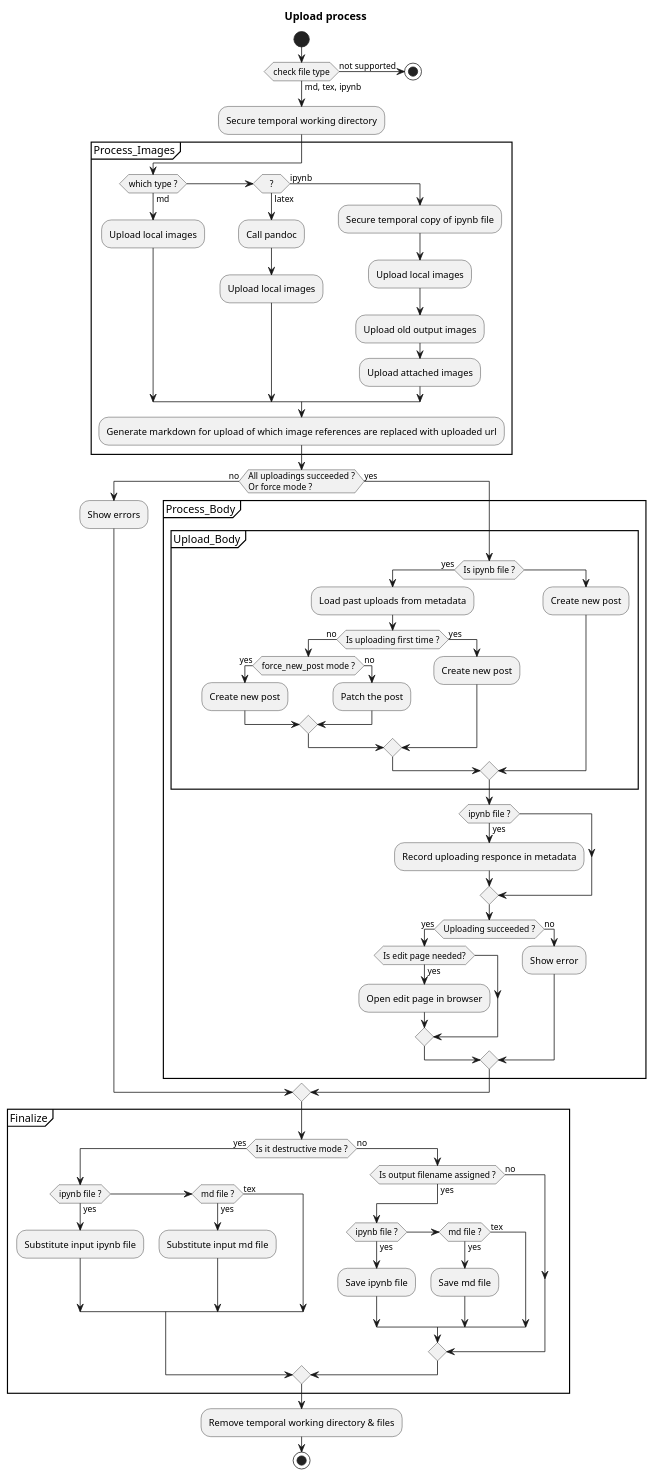
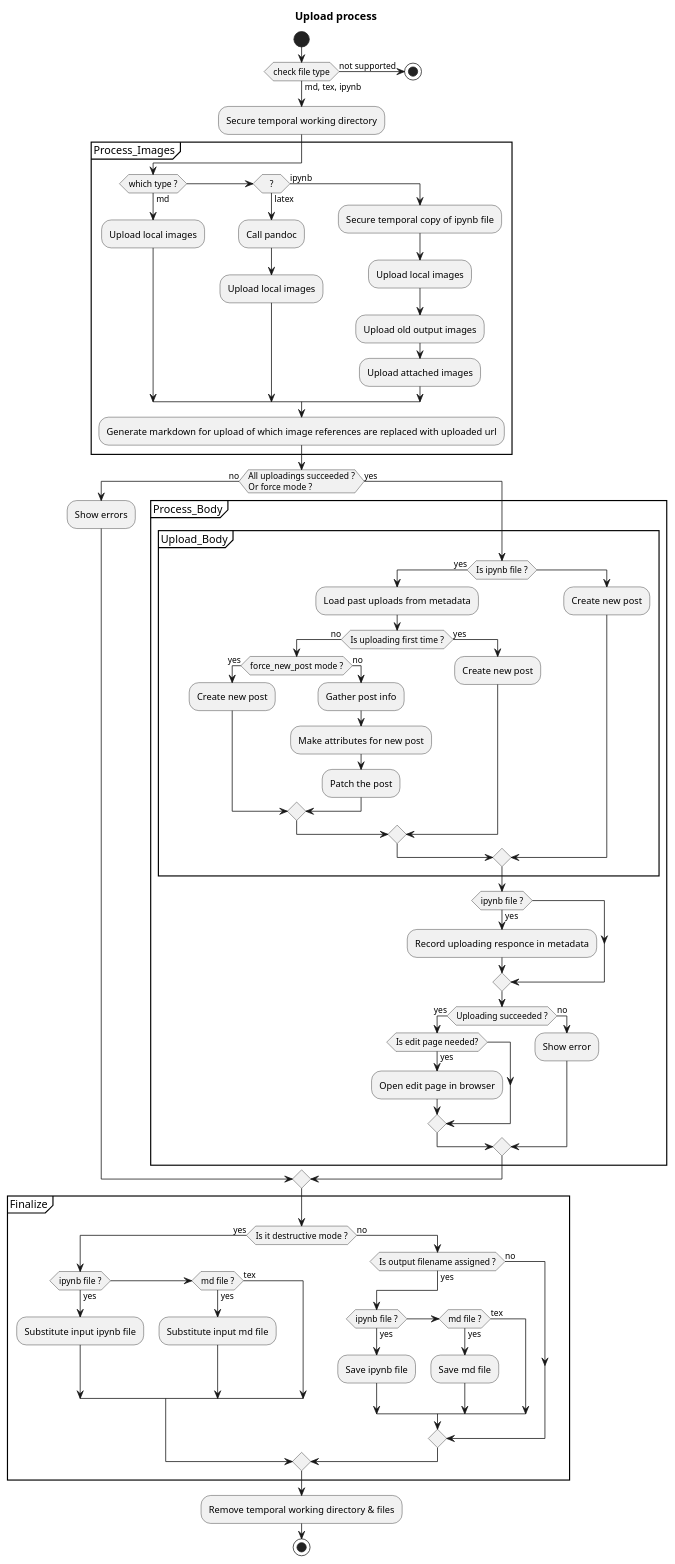
One commit to KosukeMizuno/esapy changed the diagram in study/flowchart_upload.pu. Above: the diagram before and after it, drawn with PlantUML.

Commit message:
fix flowchart, post info

```diff
--- a/study/flowchart_upload.pu
+++ b/study/flowchart_upload.pu
@@ -1,89 +1,91 @@
 @startuml
 title Upload process
 
 start
 
 if (check file type) then (not supported)
     stop
 else (md, tex, ipynb)
 endif
 
 :Secure temporal working directory;
 
 partition Process_Images {
     if (which type ?) then (md)
         :Upload local images;
     elseif (?) then (latex)
         :Call pandoc;
         :Upload local images;
     else (ipynb)
         :Secure temporal copy of ipynb file;
         :Upload local images;
         :Upload old output images;
         :Upload attached images;
     endif
     :Generate markdown for upload of which image references are replaced with uploaded url;
 }
 
 if (All uploadings succeeded ?\nOr force mode ?) then (no)
     :Show errors;
 else (yes)
     partition Process_Body {
         partition Upload_Body {
             if (Is ipynb file ?) then (yes)
                 :Load past uploads from metadata;
                 if (Is uploading first time ?) then (no)
                     if (force_new_post mode ?) then (yes)
                         :Create new post;
                     else (no)
+                        :Gather post info;
+                        :Make attributes for new post;
                         :Patch the post;
                     endif
                 else (yes)
                     :Create new post;
                 endif
             else
                 :Create new post;
             endif
         }
 
         if (ipynb file ?) then (yes)
             :Record uploading responce in metadata;
         endif
 
         if (Uploading succeeded ?) then (yes)
             if (Is edit page needed?) then (yes)
                 :Open edit page in browser;
             endif
         else (no) 
             :Show error;
         endif
     }
 endif
 
 partition Finalize {
     if (Is it destructive mode ?) then (yes)
         if (ipynb file ?) then (yes)
             :Substitute input ipynb file;
         elseif (md file ?) then (yes)
             :Substitute input md file;
         else (tex)
         endif
     else (no)
         if (Is output filename assigned ?) then (yes)
             if (ipynb file ?) then (yes)
                 :Save ipynb file;
             elseif (md file ?) then (yes)
                 :Save md file;
             else (tex)
             endif
         else (no)
         endif
     endif
     
 }
 
 :Remove temporal working directory & files;
 
 stop
 
 @enduml
```
